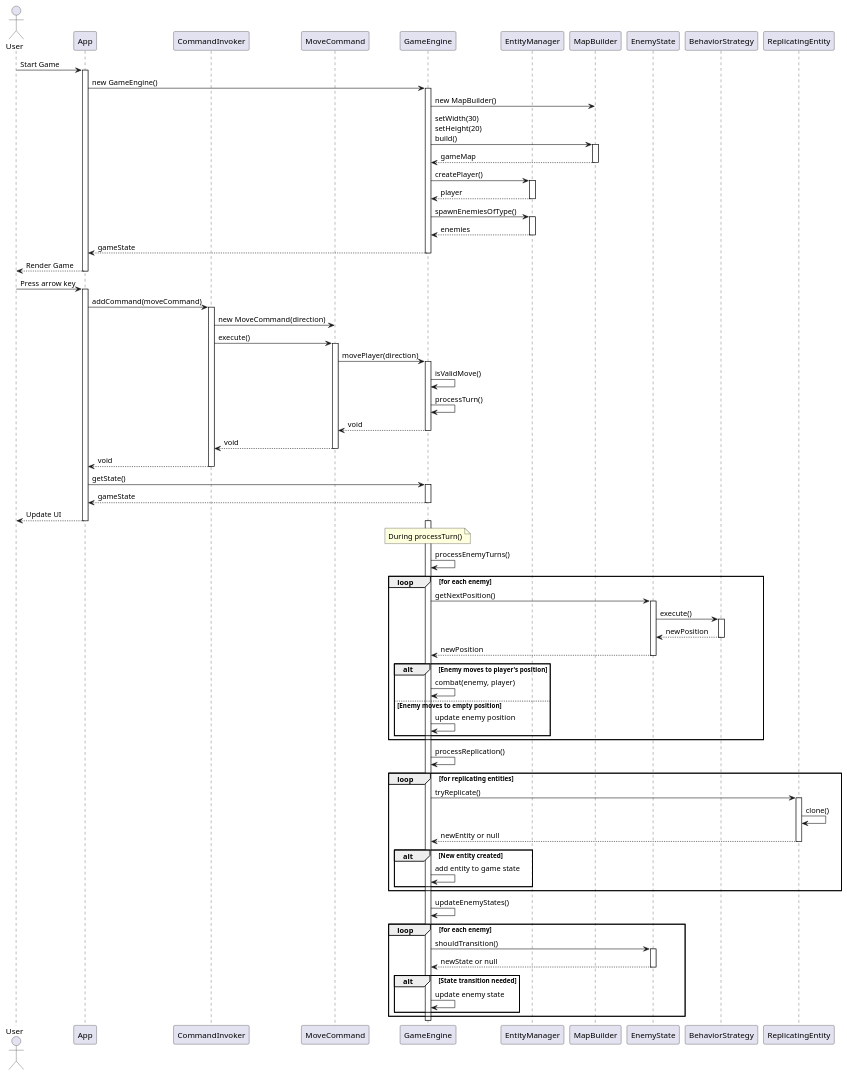
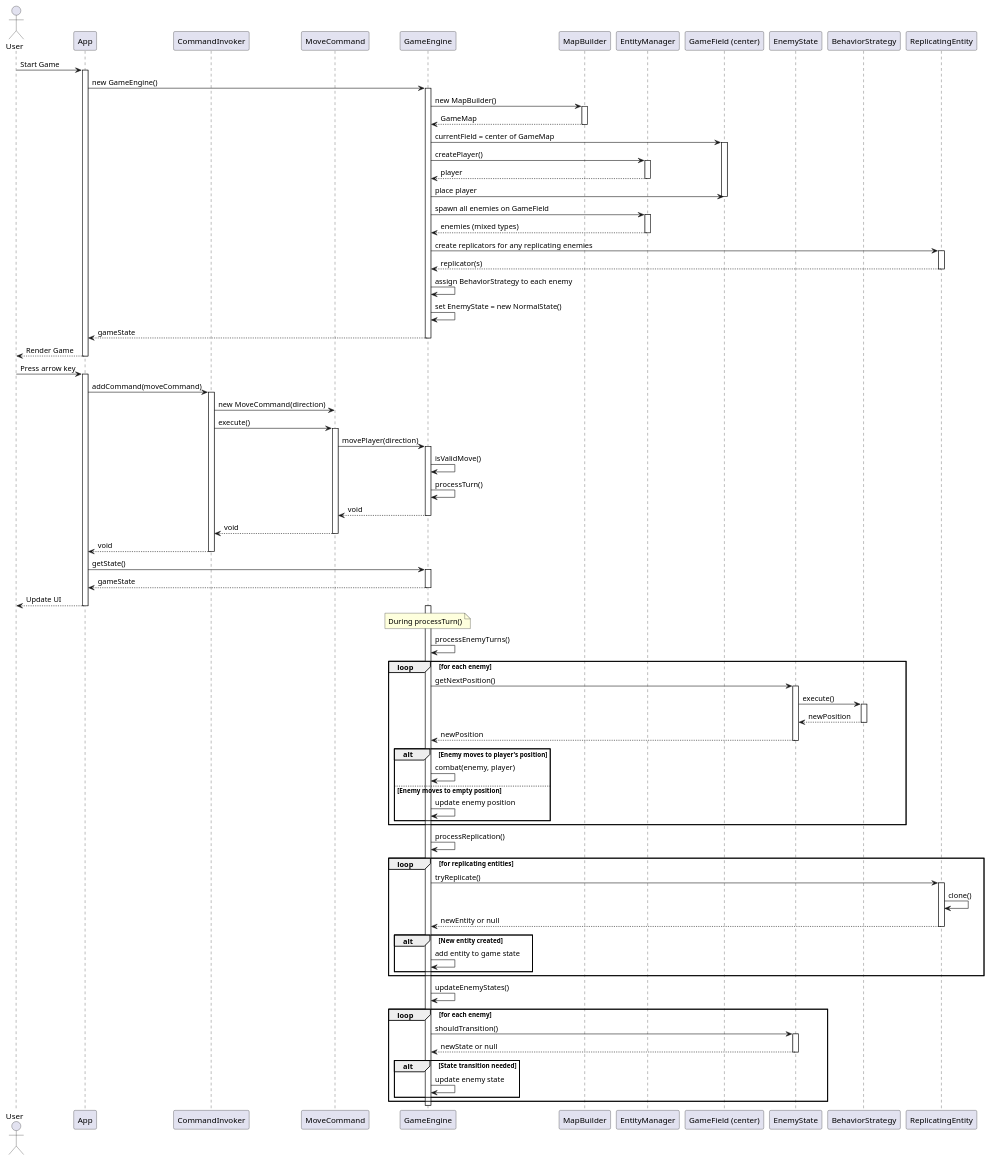
The diagram in docs/diagrams/sequence-diagram.puml (shuuuurik/MastersOfDungeonFighting), drawn with PlantUML before and after one commit. The commit also changed 6 other files, not shown here.

Commit message:
docs: update UML diagrams and add PDF exports

```diff
--- a/docs/diagrams/sequence-diagram.puml
+++ b/docs/diagrams/sequence-diagram.puml
@@ -1,109 +1,128 @@
 @startuml Sequence Diagram
 
 actor User
 participant "App" as App
 participant "CommandInvoker" as CommandInvoker
 participant "MoveCommand" as MoveCommand
 participant "GameEngine" as GameEngine
+participant "MapBuilder" as MapBuilder
 participant "EntityManager" as EntityManager
-participant "MapBuilder" as MapBuilder
+participant "GameField (center)" as GameField
 participant "EnemyState" as EnemyState
 participant "BehaviorStrategy" as BehaviorStrategy
 participant "ReplicatingEntity" as ReplicatingEntity
 
 ' Game Initialization
 User -> App: Start Game
 activate App
+
 App -> GameEngine: new GameEngine()
 activate GameEngine
+
 GameEngine -> MapBuilder: new MapBuilder()
-GameEngine -> MapBuilder: setWidth(30)\nsetHeight(20)\nbuild()
 activate MapBuilder
-MapBuilder --> GameEngine: gameMap
+MapBuilder --> GameEngine: GameMap
 deactivate MapBuilder
+
+GameEngine -> GameField: currentField = center of GameMap
+activate GameField
+
 GameEngine -> EntityManager: createPlayer()
 activate EntityManager
 EntityManager --> GameEngine: player
 deactivate EntityManager
-GameEngine -> EntityManager: spawnEnemiesOfType()
+
+GameEngine -> GameField: place player
+deactivate GameField
+
+GameEngine -> EntityManager: spawn all enemies on GameField
 activate EntityManager
-EntityManager --> GameEngine: enemies
+EntityManager --> GameEngine: enemies (mixed types)
 deactivate EntityManager
+
+GameEngine -> ReplicatingEntity: create replicators for any replicating enemies
+activate ReplicatingEntity
+ReplicatingEntity --> GameEngine: replicator(s)
+deactivate ReplicatingEntity
+
+GameEngine -> GameEngine: assign BehaviorStrategy to each enemy
+GameEngine -> GameEngine: set EnemyState = new NormalState()
+
 GameEngine --> App: gameState
 deactivate GameEngine
 App --> User: Render Game
 deactivate App
 
 ' Player Movement
 User -> App: Press arrow key
 activate App
 App -> CommandInvoker: addCommand(moveCommand)
 activate CommandInvoker
 CommandInvoker -> MoveCommand: new MoveCommand(direction)
 CommandInvoker -> MoveCommand: execute()
 activate MoveCommand
 MoveCommand -> GameEngine: movePlayer(direction)
 activate GameEngine
 GameEngine -> GameEngine: isValidMove()
 GameEngine -> GameEngine: processTurn()
 GameEngine --> MoveCommand: void
 deactivate GameEngine
 MoveCommand --> CommandInvoker: void
 deactivate MoveCommand
 CommandInvoker --> App: void
 deactivate CommandInvoker
 App -> GameEngine: getState()
 activate GameEngine
 GameEngine --> App: gameState
 deactivate GameEngine
 App --> User: Update UI
 deactivate App
 
 ' Enemy Turn Processing
 note over GameEngine: During processTurn()
 activate GameEngine
 GameEngine -> GameEngine: processEnemyTurns()
 loop for each enemy
   GameEngine -> EnemyState: getNextPosition()
   activate EnemyState
   EnemyState -> BehaviorStrategy: execute()
   activate BehaviorStrategy
   BehaviorStrategy --> EnemyState: newPosition
   deactivate BehaviorStrategy
   EnemyState --> GameEngine: newPosition
   deactivate EnemyState
   
   alt Enemy moves to player's position
     GameEngine -> GameEngine: combat(enemy, player)
   else Enemy moves to empty position
     GameEngine -> GameEngine: update enemy position
   end
 end
 
 GameEngine -> GameEngine: processReplication()
 loop for replicating entities
   GameEngine -> ReplicatingEntity: tryReplicate()
   activate ReplicatingEntity
   ReplicatingEntity -> ReplicatingEntity: clone()
   ReplicatingEntity --> GameEngine: newEntity or null
   deactivate ReplicatingEntity
   
   alt New entity created
     GameEngine -> GameEngine: add entity to game state
   end
 end
 
 GameEngine -> GameEngine: updateEnemyStates()
 loop for each enemy
   GameEngine -> EnemyState: shouldTransition()
   activate EnemyState
   EnemyState --> GameEngine: newState or null
   deactivate EnemyState
   
   alt State transition needed
     GameEngine -> GameEngine: update enemy state
   end
 end
 deactivate GameEngine
 
 @enduml
```
